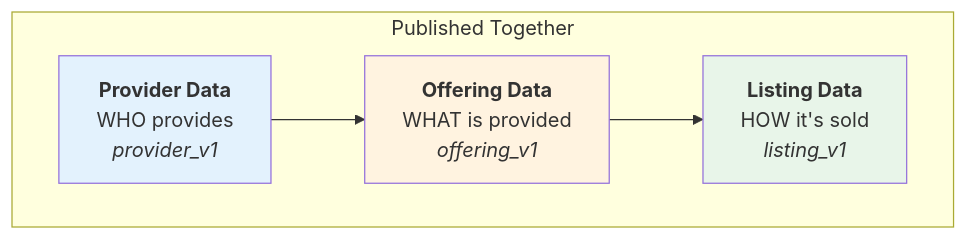
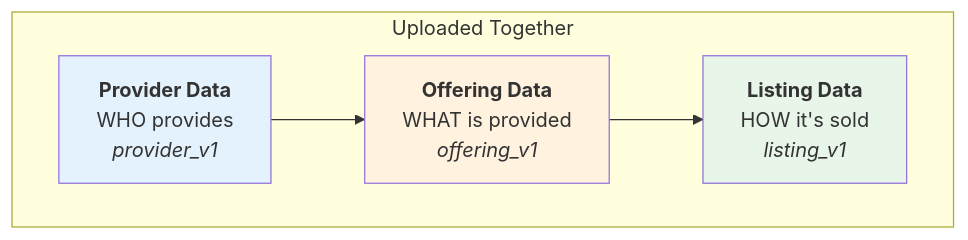
Before and after one commit to unitysvc/unitysvc-services: the first of 2 diagrams in docs/getting-started.md, drawn with Mermaid. The commit also changed other lines of this file and 19 other files, not shown here.

````diff
--- a/docs/getting-started.md
+++ b/docs/getting-started.md
@@ -68,14 +70,14 @@
 ```mermaid
 flowchart TB
-    subgraph Service["Published Together"]
+    subgraph Service["Uploaded Together"]
         P["<b>Provider Data</b><br/>WHO provides<br/><i>provider_v1</i>"]
         O["<b>Offering Data</b><br/>WHAT is provided<br/><i>offering_v1</i>"]
         L["<b>Listing Data</b><br/>HOW it's sold<br/><i>listing_v1</i>"]
     end
 
     P --> O --> L
 
     style P fill:#e3f2fd
     style O fill:#fff3e0
     style L fill:#e8f5e9
 ```
````
